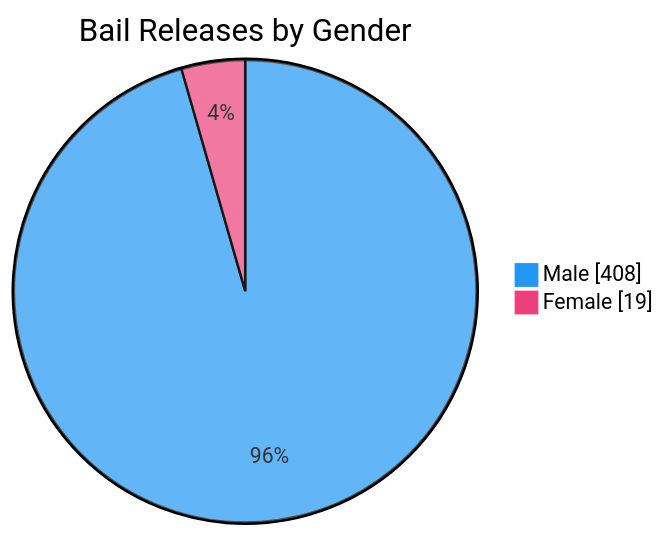
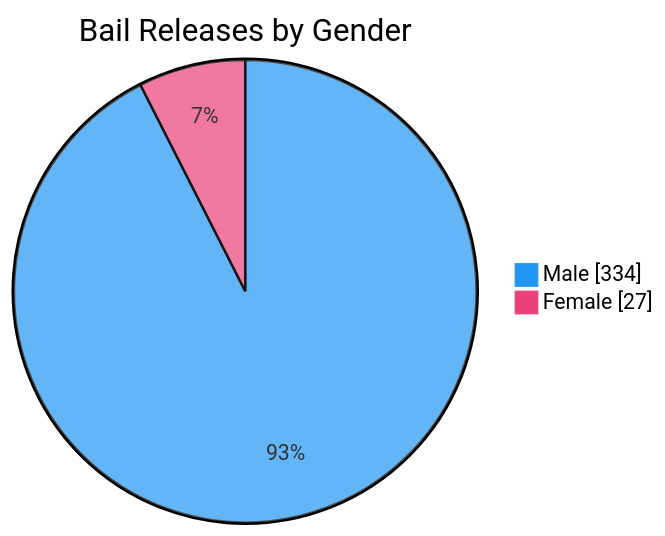
One commit to nuuuwan/lk_prisons changed the seventh of 7 diagrams in README.md. Above: the diagram before and after it, drawn with Mermaid. The commit also changed other lines of this file and 1 other file, not shown here.

````diff
--- a/README.md
+++ b/README.md
@@ -109,6 +109,6 @@
 ```mermaid
 %%{init: {'themeVariables': {'pie1': '#2196F3', 'pie2': '#EC407A'}}}%%
 pie showData title Bail Releases by Gender
-    "Male" : 408
-    "Female" : 19
+    "Male" : 334
+    "Female" : 27
 ```
````
